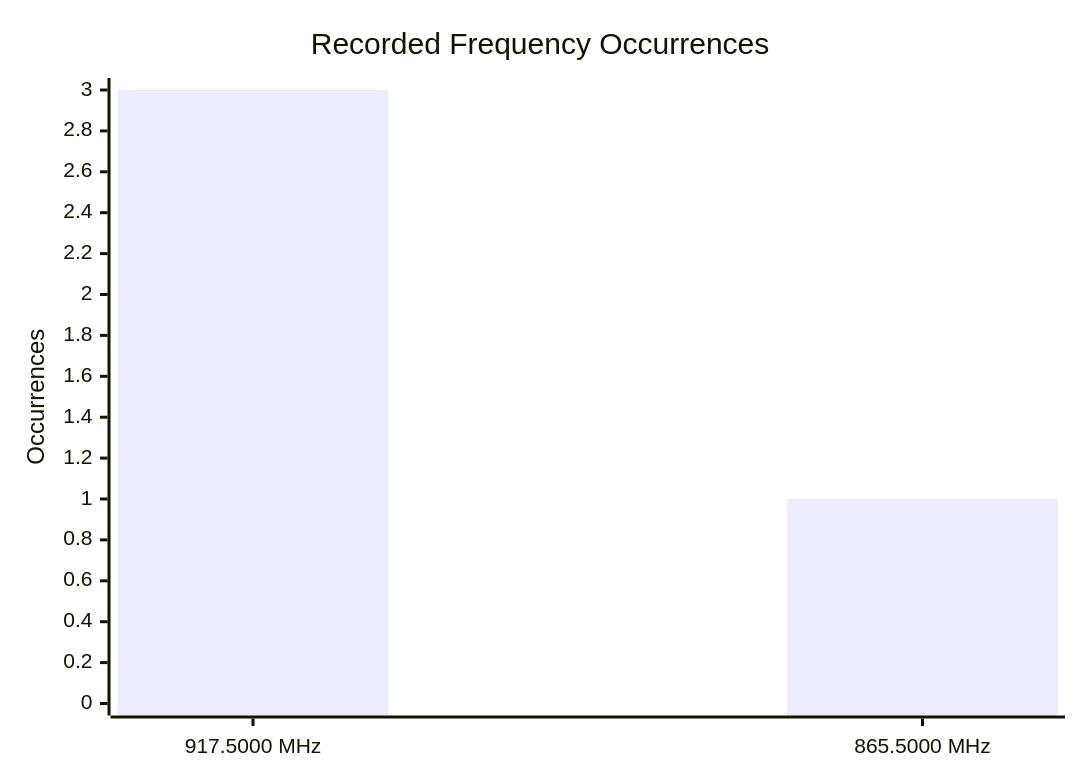
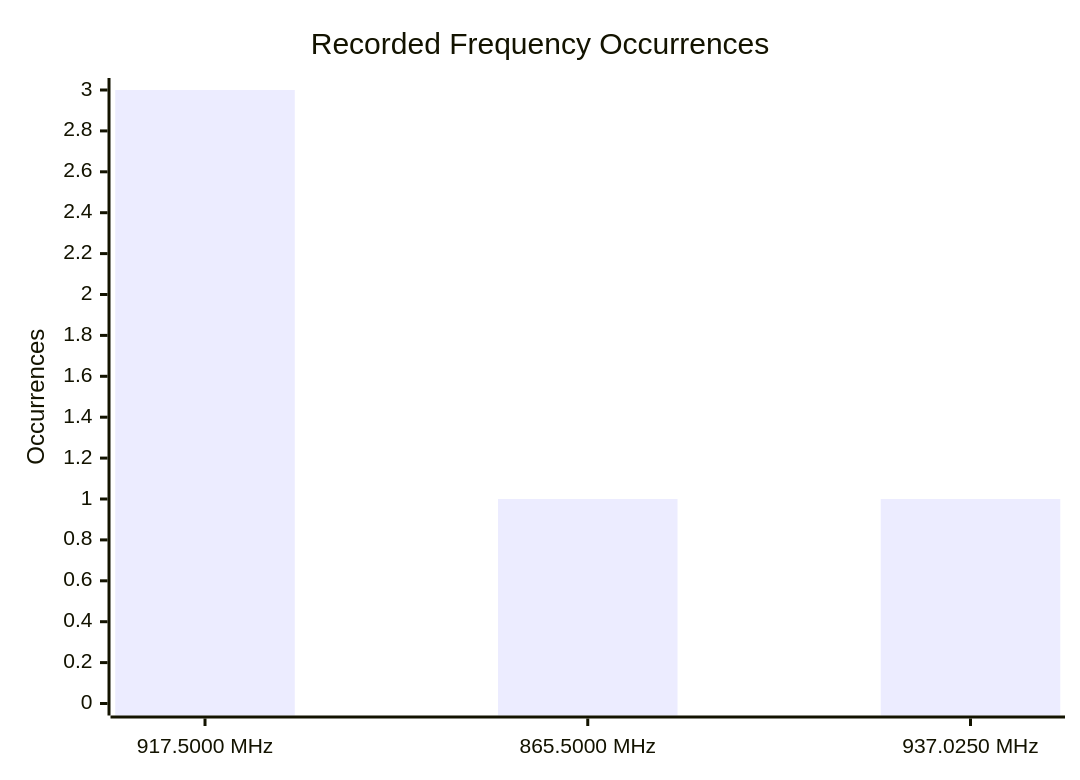
One commit to DuckyOnQuack-999/ELECTROMAGNETIC-AUDIO-TRANSDUCTION changed the fifth of 9 diagrams in README.md. Above: the diagram before and after it, drawn with Mermaid. The commit also changed other lines of this file, not shown here.

````diff
--- a/README.md
+++ b/README.md
@@ -407,7 +466,7 @@
 ```mermaid
 xychart-beta
     title "Recorded Frequency Occurrences"
-    x-axis ["917.5000 MHz", "865.5000 MHz"]
+    x-axis ["917.5000 MHz", "865.5000 MHz", "937.0250 MHz"]
     y-axis "Occurrences" 0 --> 3
-    bar [3, 1]
+    bar [3, 1, 1]
 ```
````
